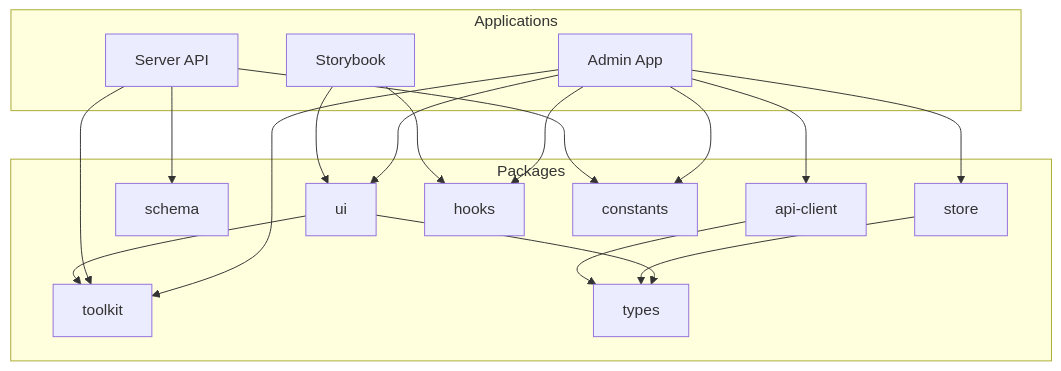
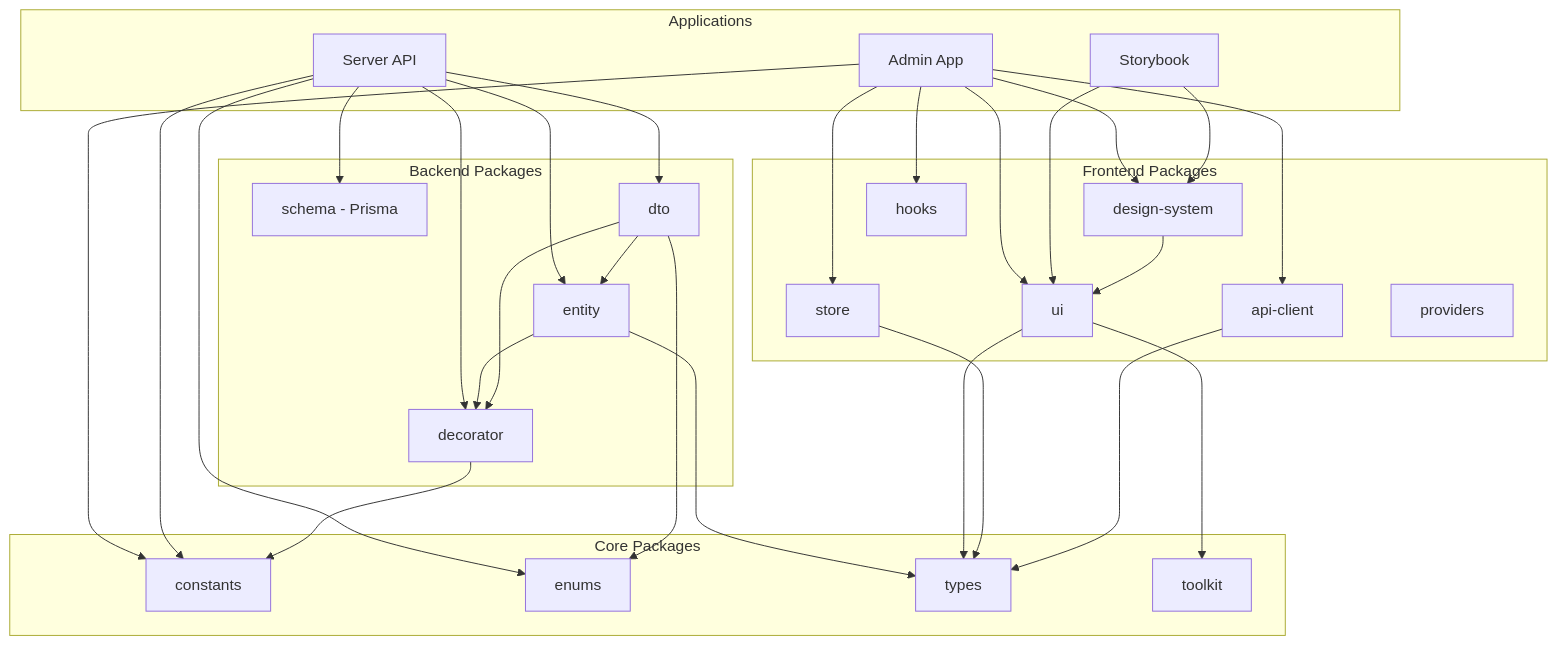
Before and after one commit to kimjoongwon/prj-core: the diagram in README.md, drawn with Mermaid. The commit also changed other lines of this file and 668 other files, not shown here.

````diff
--- a/README.md
+++ b/README.md
@@ -166,38 +185,63 @@
 ```mermaid
 graph TD
     subgraph Applications
         Admin[Admin App]
         Server[Server API]
         Storybook[Storybook]
     end
 
-    subgraph Packages
-        ApiClient[api-client]
-        Schema[schema]
+    subgraph "Core Packages"
+        Constants[constants]
+        Enums[enums]
+        Types[types]
+        Toolkit[toolkit]
+    end
+
+    subgraph "Backend Packages"
+        Schema[schema - Prisma]
+        Decorator[decorator]
+        Entity[entity]
+        DTO[dto]
+    end
+
+    subgraph "Frontend Packages"
+        DesignSystem[design-system]
         UI[ui]
         Store[store]
-        Toolkit[toolkit]
         Hooks[hooks]
-        Constants[constants]
-        Types[types]
+        ApiClient[api-client]
+        Providers[providers]
     end
 
+    %% Application Dependencies
     Admin --> ApiClient
     Admin --> UI
     Admin --> Store
-    Admin --> Toolkit
+    Admin --> DesignSystem
     Admin --> Hooks
     Admin --> Constants
 
     Server --> Schema
-    Server --> Toolkit
+    Server --> DTO
+    Server --> Entity
+    Server --> Decorator
+    Server --> Enums
     Server --> Constants
 
     Storybook --> UI
-    Storybook --> Hooks
+    Storybook --> DesignSystem
+
+    %% Package Dependencies
+    Decorator --> Constants
+    Entity --> Decorator
+    Entity --> Types
+    DTO --> Entity
+    DTO --> Decorator
+    DTO --> Enums
 
     UI --> Toolkit
     UI --> Types
     Store --> Types
     ApiClient --> Types
+    DesignSystem --> UI
 ```
````
